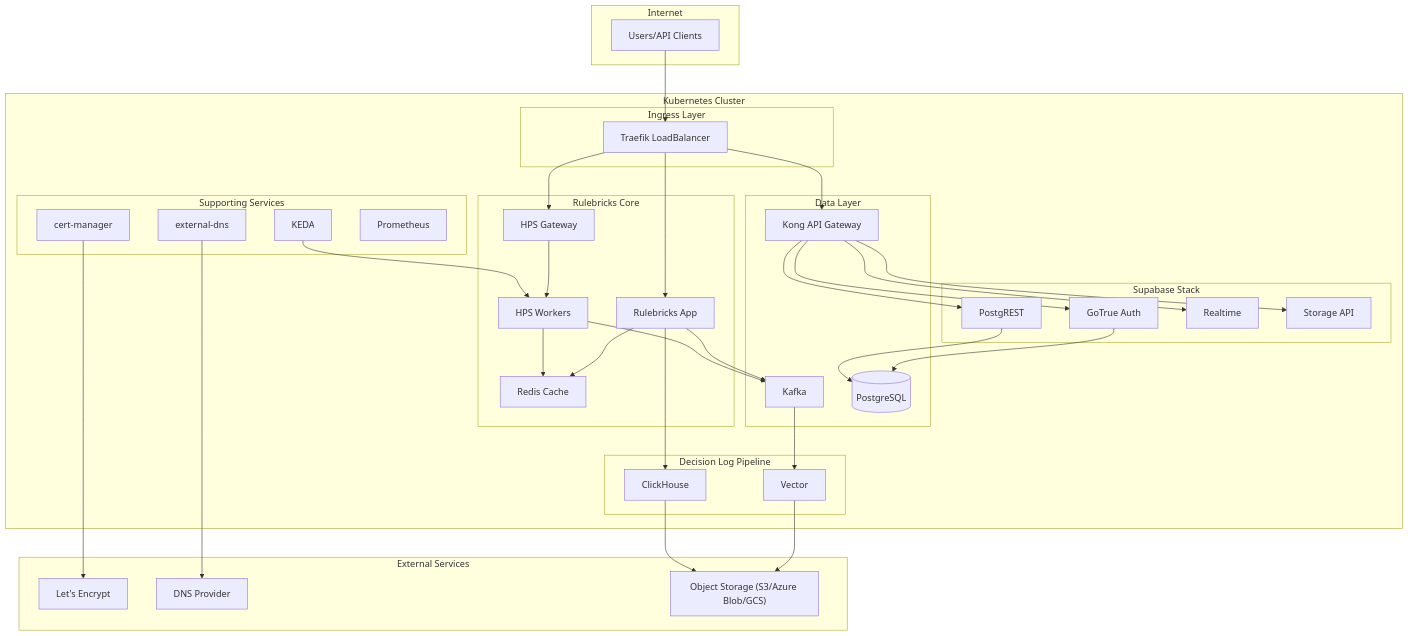
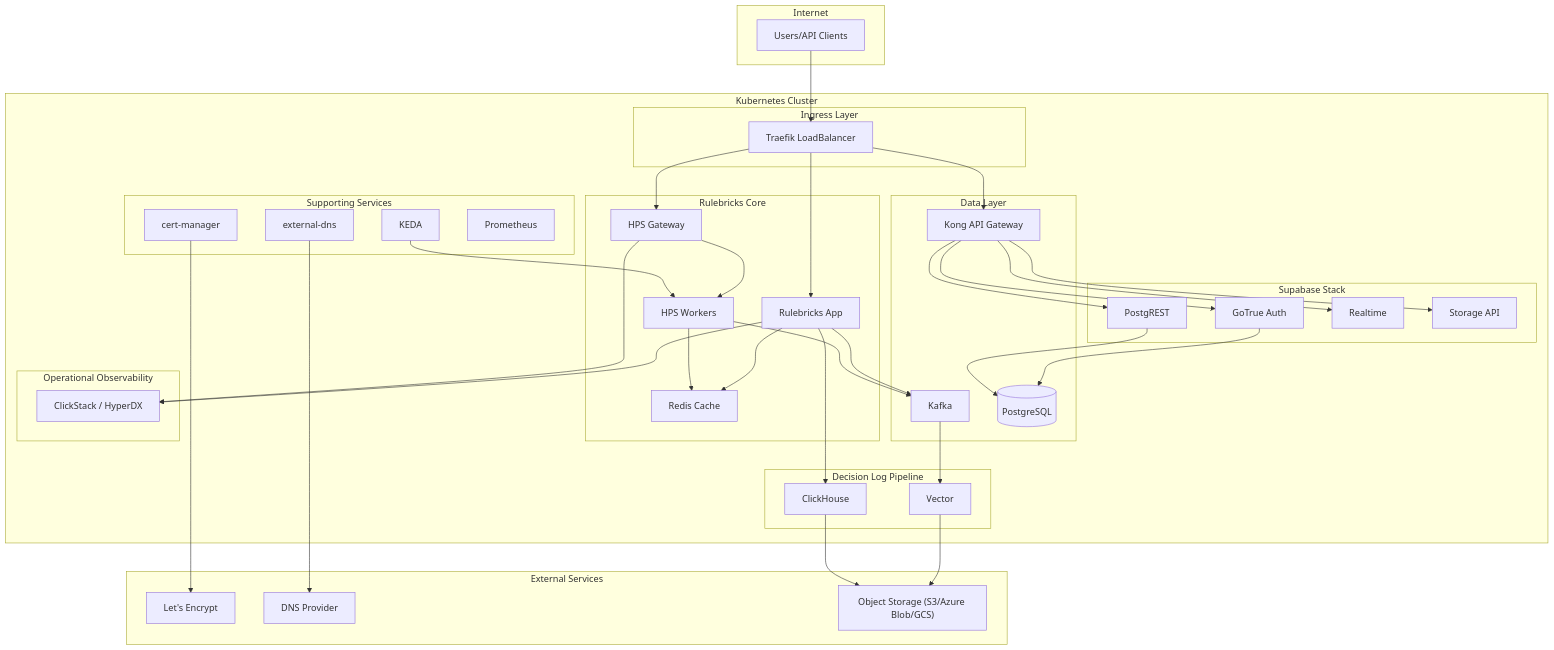
Before and after one commit to rulebricks/docs: the first of 4 diagrams in pages/private-deployment/architecture.mdx, drawn with Mermaid. The commit also changed other lines of this file and 7 other files, not shown here.

```diff
--- a/pages/private-deployment/architecture.mdx
+++ b/pages/private-deployment/architecture.mdx
@@ -44,6 +44,10 @@
         subgraph Logs["Decision Log Pipeline"]
             Vector[Vector]
             ClickHouse[ClickHouse]
+        end
+
+        subgraph Observability["Operational Observability"]
+            ClickStack[ClickStack / HyperDX]
         end
 
         subgraph Support["Supporting Services"]
@@ -83,6 +87,8 @@
     Vector --> ObjectStorage
     ClickHouse --> ObjectStorage
     App --> ClickHouse
+    App --> ClickStack
+    HPS --> ClickStack
 
     CertManager --> LetsEncrypt
     ExternalDNS --> DNS
```
